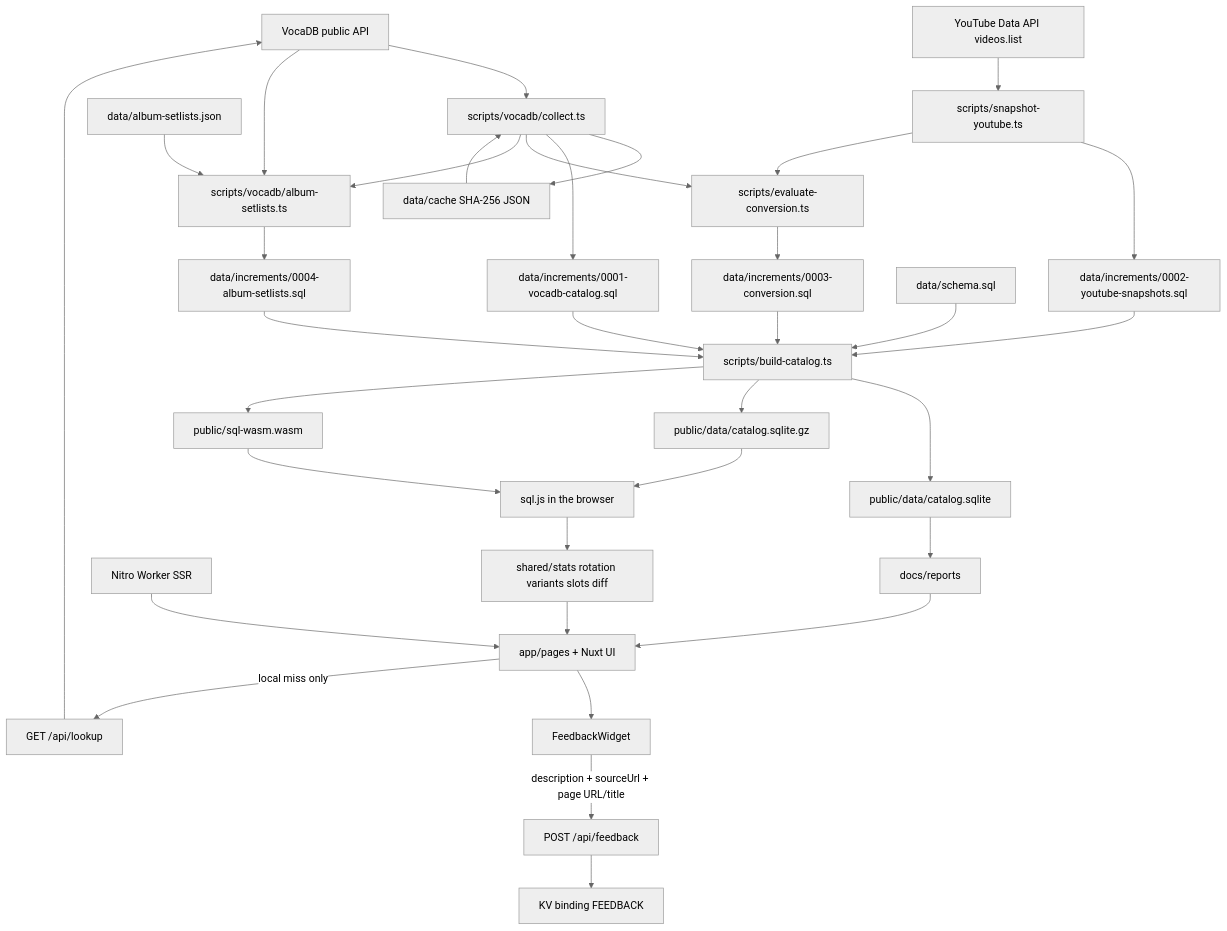
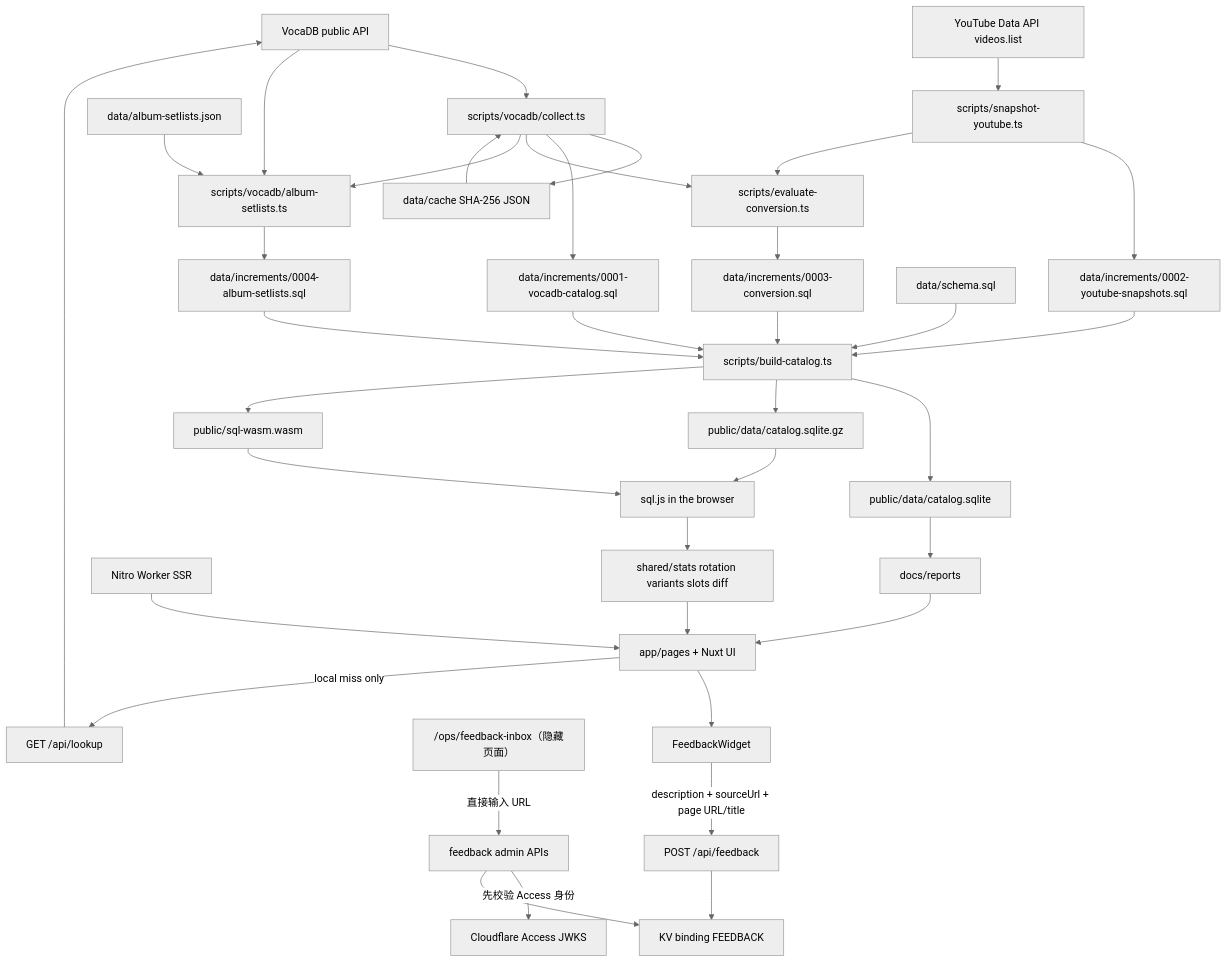
The diagram in docs/architecture.md (RJiazhen/miku-concert-stats), drawn with Mermaid (neutral theme) before and after one commit. The commit also changed other lines of this file and 11 other files, not shown here.

Commit message:
Gate the feedback admin backend behind Cloudflare Access

````diff
--- a/docs/architecture.md
+++ b/docs/architecture.md
@@ -196,63 +206,69 @@
 ```mermaid
 flowchart TD
   vocadb["VocaDB public API"]
   cache["data/cache SHA-256 JSON"]
   collect["scripts/vocadb/collect.ts"]
   albums["data/album-setlists.json"]
   collectalbums["scripts/vocadb/album-setlists.ts"]
   youtube["YouTube Data API videos.list"]
   snap["scripts/snapshot-youtube.ts"]
   inc1["data/increments/0001-vocadb-catalog.sql"]
   inc2["data/increments/0002-youtube-snapshots.sql"]
   inc4["data/increments/0004-album-setlists.sql"]
   eval["scripts/evaluate-conversion.ts"]
   inc3["data/increments/0003-conversion.sql"]
   schema["data/schema.sql"]
   build["scripts/build-catalog.ts"]
   sqlite["public/data/catalog.sqlite"]
   gzip["public/data/catalog.sqlite.gz"]
   wasm["public/sql-wasm.wasm"]
   browser["sql.js in the browser"]
   shared["shared/stats rotation variants slots diff"]
   pages["app/pages + Nuxt UI"]
   widget["FeedbackWidget"]
   feedback["POST /api/feedback"]
   feedbackkv["KV binding FEEDBACK"]
+  ops["/ops/feedback-inbox（隐藏页面）"]
+  adminapi["feedback admin APIs"]
+  access["Cloudflare Access JWKS"]
   worker["Nitro Worker SSR"]
   lookup["GET /api/lookup"]
   report["docs/reports"]
 
   vocadb --> collect
   collect --> cache
   cache --> collect
   collect --> inc1
   collect --> eval
   vocadb --> collectalbums
   albums --> collectalbums
   collect --> collectalbums
   collectalbums --> inc4
   youtube --> snap
   snap --> inc2
   snap --> eval
   schema --> build
   inc1 --> build
   inc2 --> build
   inc4 --> build
   inc3 --> build
   eval --> inc3
   build --> sqlite
   build --> gzip
   build --> wasm
   gzip --> browser
   wasm --> browser
   browser --> shared
   shared --> pages
   worker --> pages
   pages --> widget
   widget -->|"description + sourceUrl + page URL/title"| feedback
   feedback --> feedbackkv
+  adminapi -->|"先校验 Access 身份"| access
+  adminapi --> feedbackkv
+  ops -->|"直接输入 URL"| adminapi
   pages -->|"local miss only"| lookup
   lookup --> vocadb
   sqlite --> report
   report --> pages
 ```
````
